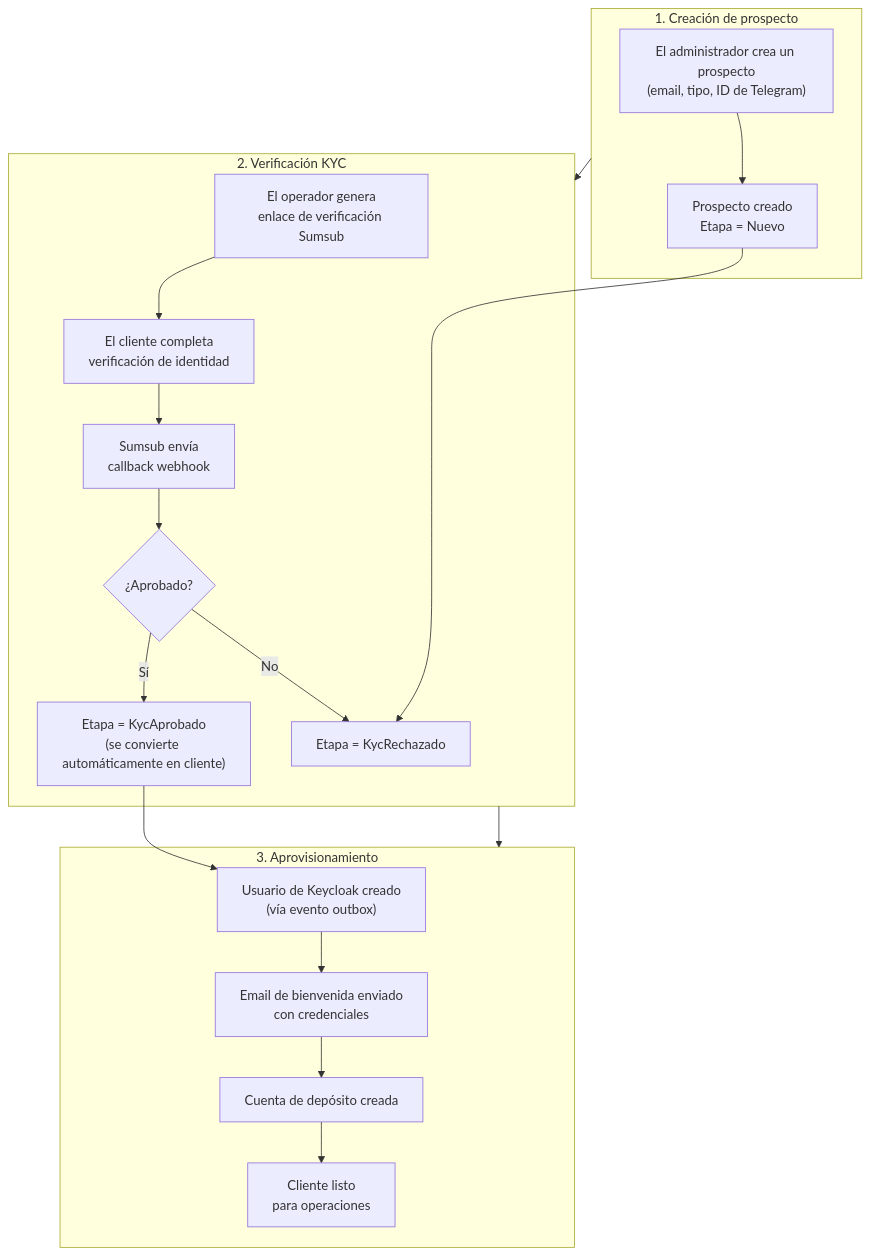
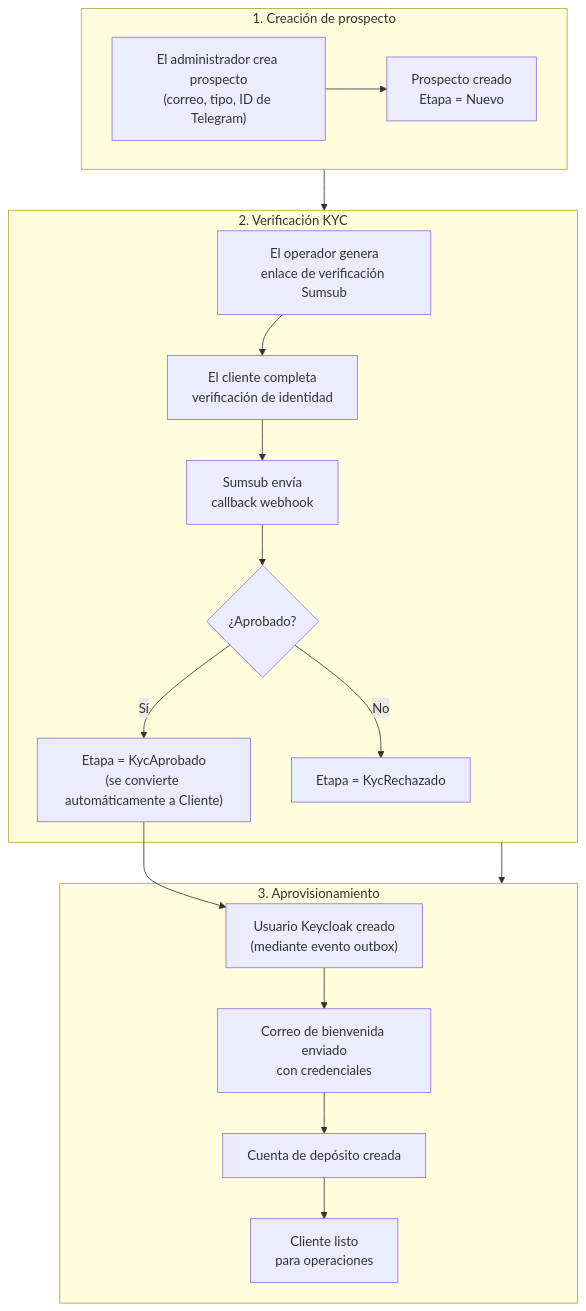
The diagram in docs-site/i18n/es/docusaurus-plugin-content-docs/current/technical-documentation/customers/onboarding.md (GaloyMoney/lana-bank), drawn with Mermaid before and after one commit. The commit also changed 4 other files, not shown here.

````diff
--- a/docs-site/i18n/es/docusaurus-plugin-content-docs/current/technical-documentation/customers/onboarding.md
+++ b/docs-site/i18n/es/docusaurus-plugin-content-docs/current/technical-documentation/customers/onboarding.md
@@ -13,21 +13,20 @@
 ```mermaid
 graph TD
     subgraph S1["1. Creación de prospecto"]
-        CREATE["El administrador crea un prospecto<br/>(email, tipo, ID de Telegram)"] --> NEW["Prospecto creado<br/>Etapa = Nuevo"]
+        CREATE["El administrador crea prospecto<br/>(correo, tipo, ID de Telegram)"] --> NEW["Prospecto creado<br/>Etapa = Nuevo"]
     end
     subgraph S2["2. Verificación KYC"]
         LINK["El operador genera<br/>enlace de verificación Sumsub"] --> CUST["El cliente completa<br/>verificación de identidad"] --> HOOK["Sumsub envía<br/>callback webhook"]
         HOOK --> RESULT{¿Aprobado?}
-        RESULT -->|Sí| KYCBASIC["Etapa = KycAprobado<br/>(se convierte automáticamente en cliente)"]
+        RESULT -->|Sí| KYCBASIC["Etapa = KycAprobado<br/>(se convierte automáticamente a Cliente)"]
         RESULT -->|No| KYCDECLINED["Etapa = KycRechazado"]
     end
     subgraph S3["3. Aprovisionamiento"]
-        KYCBASIC --> KC["Usuario de Keycloak creado<br/>(vía evento outbox)"]
-        KC --> EMAIL["Email de bienvenida enviado<br/>con credenciales"]
+        KYCBASIC --> KC["Usuario Keycloak creado<br/>(mediante evento outbox)"]
+        KC --> EMAIL["Correo de bienvenida enviado<br/>con credenciales"]
         EMAIL --> DEPACC["Cuenta de depósito creada"]
         DEPACC --> ACTIVE["Cliente listo<br/>para operaciones"]
     end
-    NEW --> KYCDECLINED
     S1 --> S2
     S2 --> S3
 ```
````
